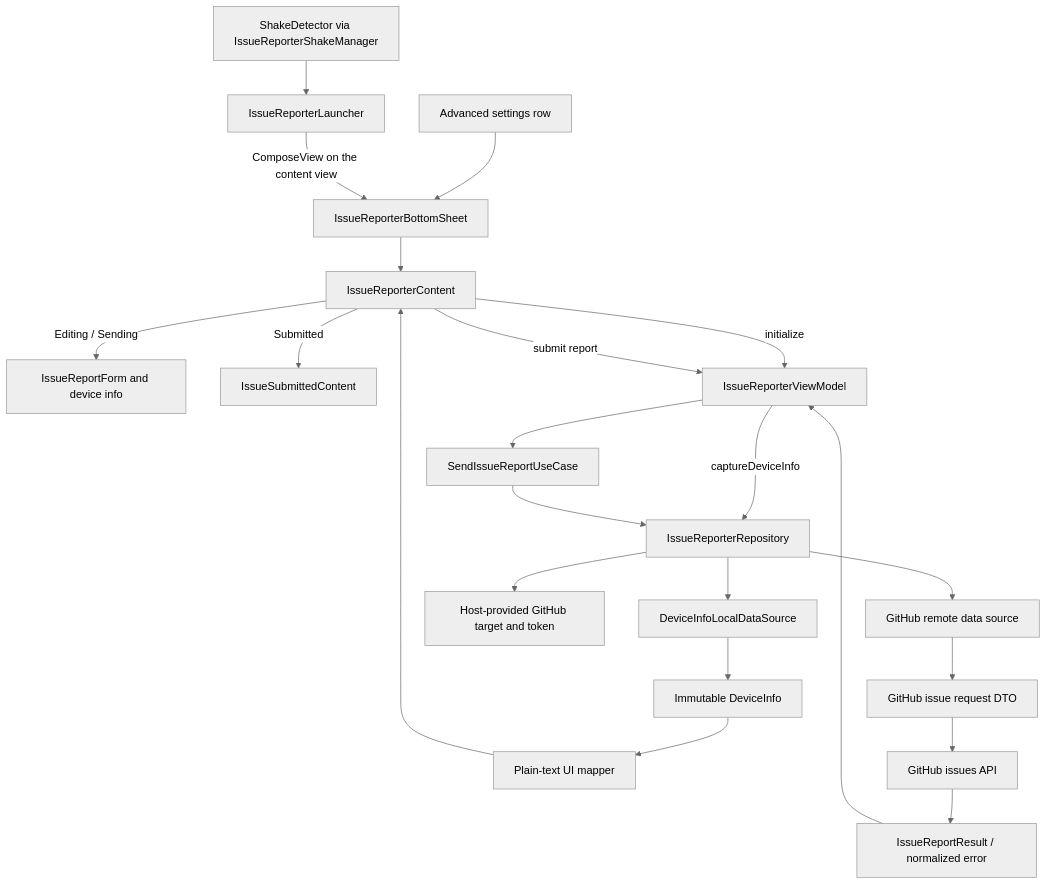
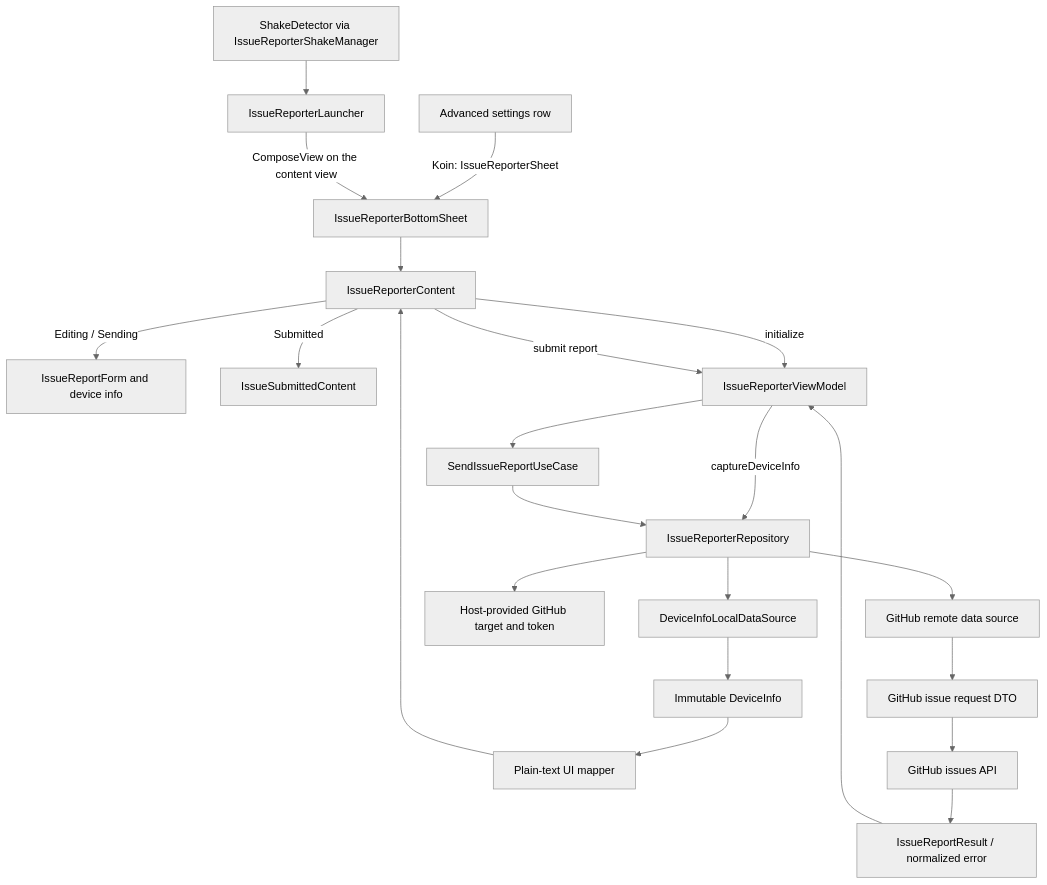
One commit to MihaiCristianCondrea/App-Toolkit-for-Android changed the diagram in library/feature/issuereporter/README.md. Above: the diagram before and after it, drawn with Mermaid (neutral theme). The commit also changed other lines of this file and 84 other files, not shown here.

````diff
--- a/library/feature/issuereporter/README.md
+++ b/library/feature/issuereporter/README.md
@@ -36,24 +40,24 @@
 ```mermaid
 flowchart TD
-    Settings[Advanced settings row] --> Sheet[IssueReporterBottomSheet]
+    Settings[Advanced settings row] -->|Koin: IssueReporterSheet| Sheet[IssueReporterBottomSheet]
     Shake[ShakeDetector via IssueReporterShakeManager] --> Launcher[IssueReporterLauncher]
     Launcher -->|ComposeView on the content view| Sheet
     Sheet --> Screen[IssueReporterContent]
     Screen -->|Editing / Sending| Form[IssueReportForm and device info]
     Screen -->|Submitted| Done[IssueSubmittedContent]
     Screen -->|initialize| VM[IssueReporterViewModel]
     VM -->|captureDeviceInfo| Repo[IssueReporterRepository]
     Repo --> Device[DeviceInfoLocalDataSource]
     Device --> Model[Immutable DeviceInfo]
     Model --> Plain[Plain-text UI mapper]
     Plain --> Screen
     Screen -->|submit report| VM
     VM --> UseCase[SendIssueReportUseCase]
     UseCase --> Repo
     Repo --> Target[Host-provided GitHub target and token]
     Repo --> Remote[GitHub remote data source]
     Remote --> DTO[GitHub issue request DTO]
     DTO --> Api[GitHub issues API]
     Api --> Result[IssueReportResult / normalized error]
     Result --> VM
 ```
````
